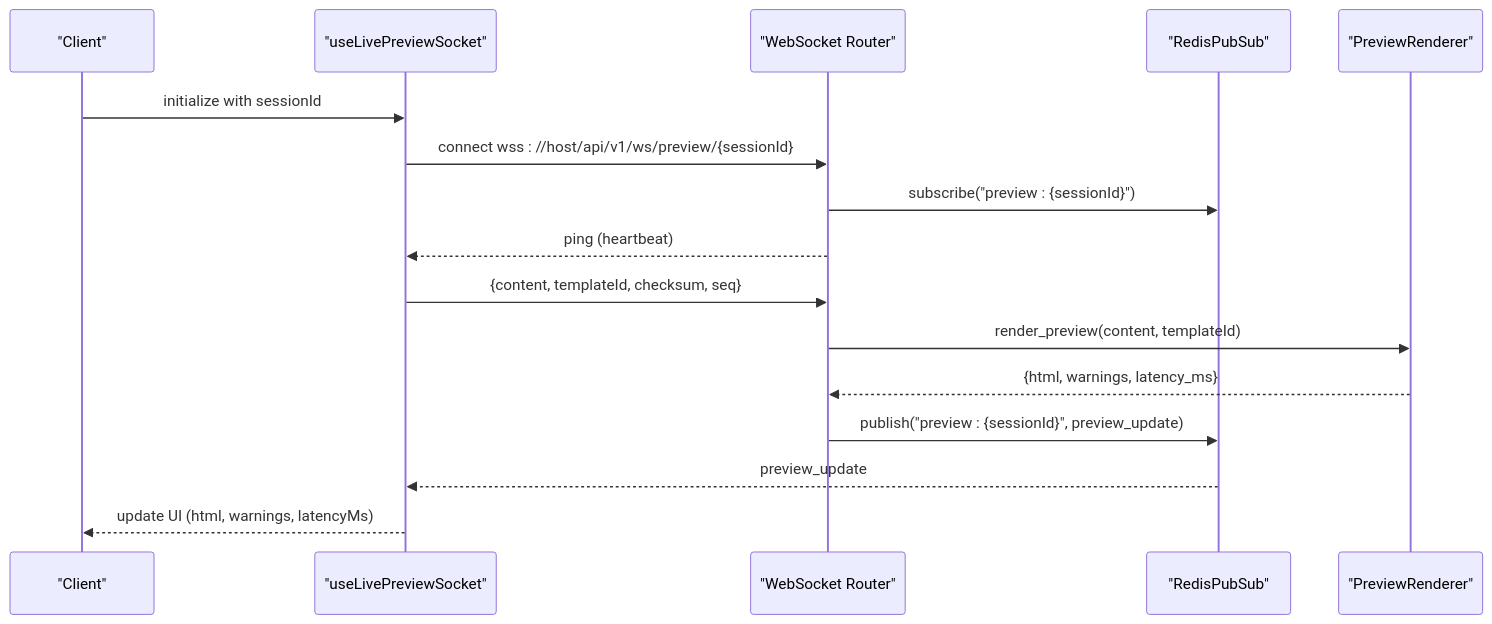
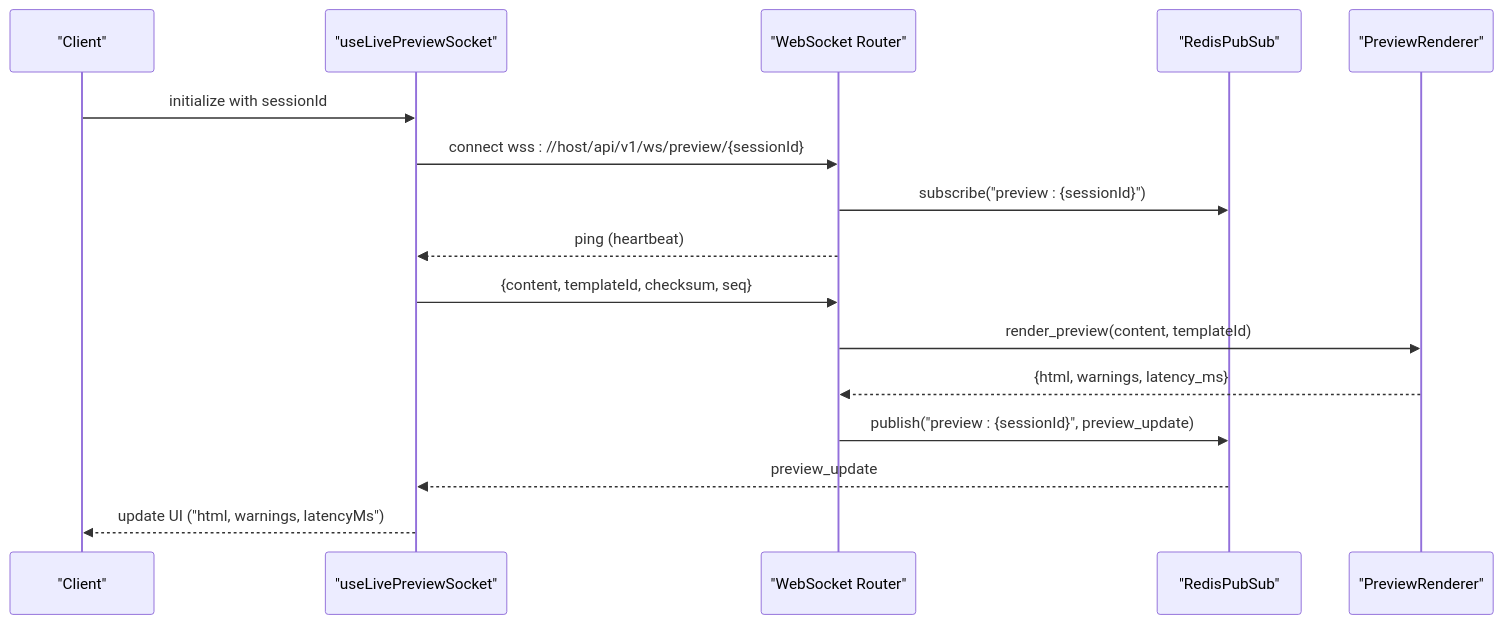
Before and after one commit to rohitkumarnaidu/ScholarFormAI: the fourth of 9 diagrams in docs/docs/knowledge/API Reference/Real-time Communication Endpoints.md, drawn with Mermaid. The commit also changed other lines of this file and 611 other files, not shown here.

````diff
--- a/docs/docs/knowledge/API Reference/Real-time Communication Endpoints.md
+++ b/docs/docs/knowledge/API Reference/Real-time Communication Endpoints.md
@@ -227,18 +227,18 @@
 ```mermaid
 sequenceDiagram
 participant Client as "Client"
 participant Hook as "useLivePreviewSocket"
 participant WS as "WebSocket Router"
 participant PS as "RedisPubSub"
 participant RR as "PreviewRenderer"
 Client->>Hook : initialize with sessionId
 Hook->>WS : connect wss : //host/api/v1/ws/preview/{sessionId}
 WS->>PS : subscribe("preview : {sessionId}")
 WS-->>Hook : ping (heartbeat)
 Hook->>WS : {content, templateId, checksum, seq}
 WS->>RR : render_preview(content, templateId)
 RR-->>WS : {html, warnings, latency_ms}
 WS->>PS : publish("preview : {sessionId}", preview_update)
 PS-->>Hook : preview_update
-Hook-->>Client : update UI (html, warnings, latencyMs)
+Hook-->>Client : update UI ("html, warnings, latencyMs")
 ```
````
